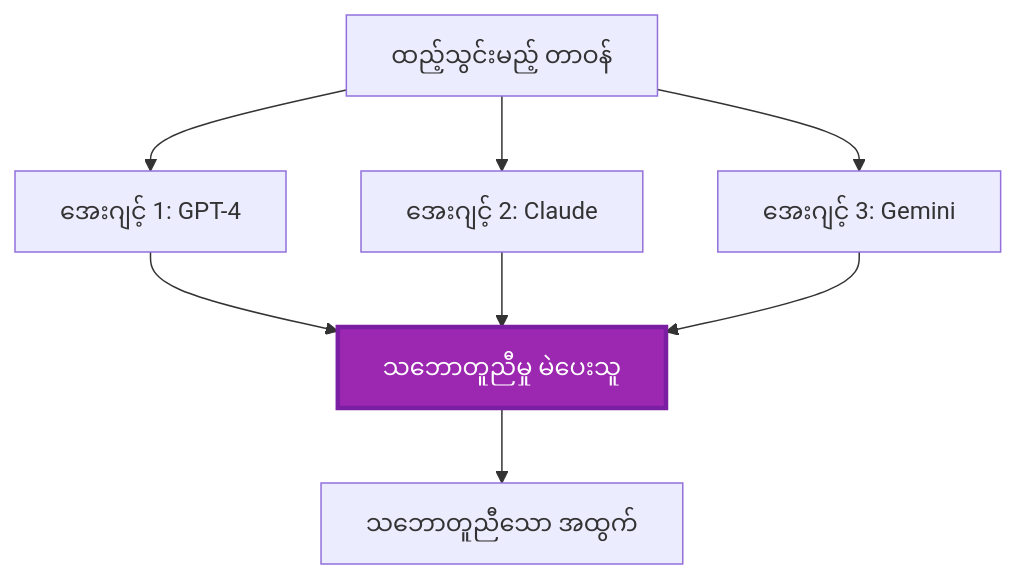
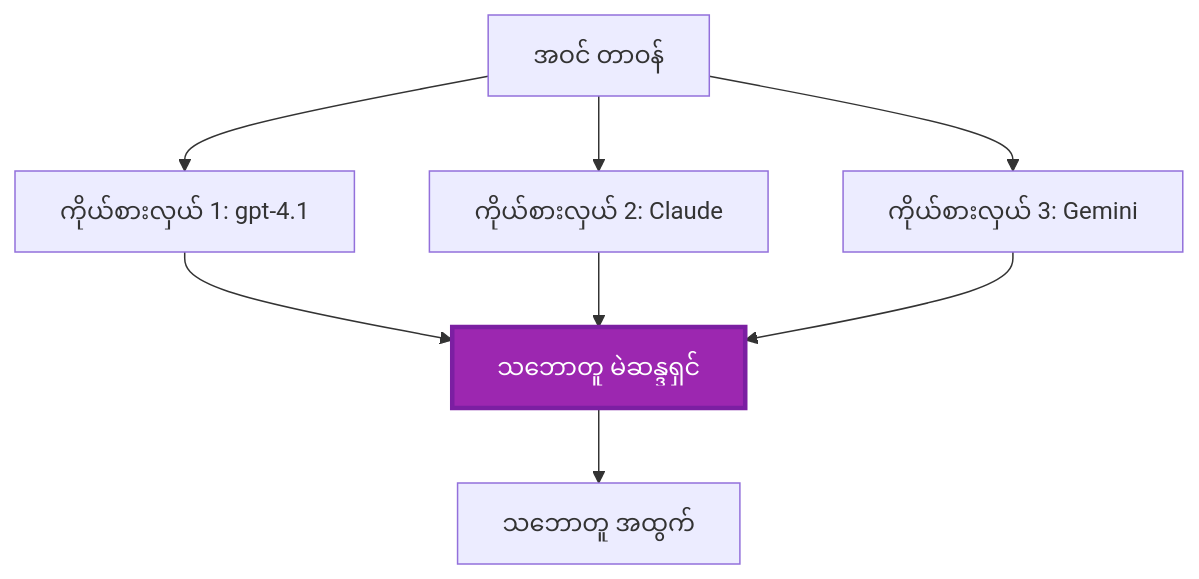
Before and after one commit to microsoft/AZD-for-beginners: the fifth of 6 diagrams in translations/my/docs/chapter-06-pre-deployment/coordination-patterns.md, drawn with Mermaid. The commit also changed other lines of this file and 101 other files, not shown here.

````diff
--- a/translations/my/docs/chapter-06-pre-deployment/coordination-patterns.md
+++ b/translations/my/docs/chapter-06-pre-deployment/coordination-patterns.md
@@ -231,19 +225,19 @@
 ```mermaid
 graph TB
-    Input[ထည့်သွင်းမည့် တာဝန်]
-    Agent1[အေးဂျင့် 1: GPT-4]
-    Agent2[အေးဂျင့် 2: Claude]
-    Agent3[အေးဂျင့် 3: Gemini]
-    Voter[သဘောတူညီမှု မဲပေးသူ]
-    Output[သဘောတူညီသော အထွက်]
+    Input[အဝင် တာဝန်]
+    Agent1[ကိုယ်စားလှယ် 1: gpt-4.1]
+    Agent2[ကိုယ်စားလှယ် 2: Claude]
+    Agent3[ကိုယ်စားလှယ် 3: Gemini]
+    Voter[သဘောတူ မဲဆန္ဒရှင်]
+    Output[သဘောတူ အထွက်]
     
     Input --> Agent1
     Input --> Agent2
     Input --> Agent3
     Agent1 --> Voter
     Agent2 --> Voter
     Agent3 --> Voter
     Voter --> Output
     
     style Voter fill:#9C27B0,stroke:#7B1FA2,stroke-width:3px,color:#fff
 ```
````
